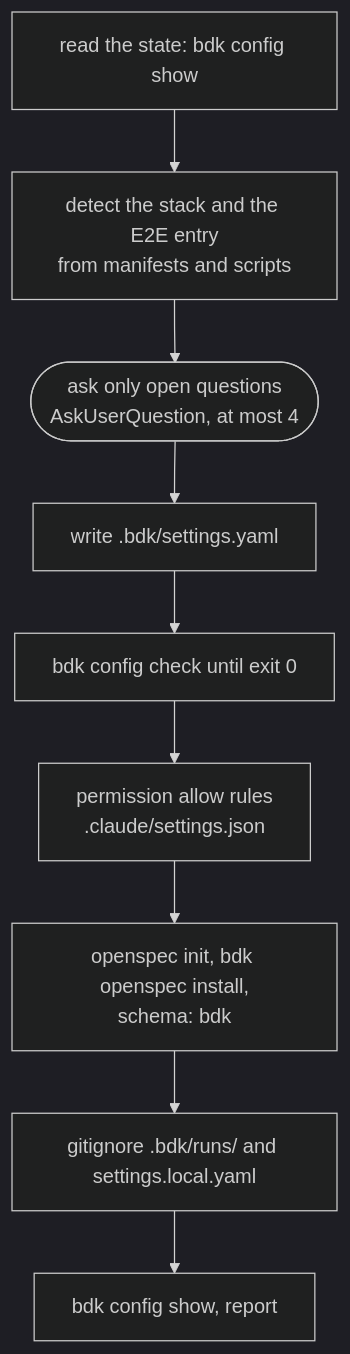
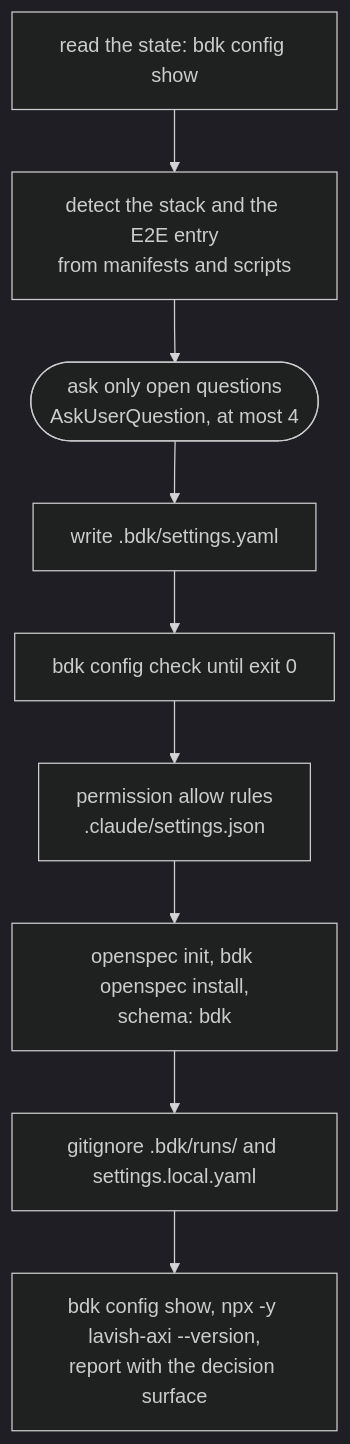
The first of 14 diagrams in docs/concepts/orchestrators.md (broneq/bdk), drawn with Mermaid (dark theme) before and after one commit. The commit also changed 15 other files, not shown here.

First line of the commit message:
feat(skills): report the decision surface in /bdk:setup

````diff
--- a/docs/concepts/orchestrators.md
+++ b/docs/concepts/orchestrators.md
@@ -11,11 +11,11 @@
 ```mermaid
 flowchart TB
   S1["read the state: bdk config show"] --> S2["detect the stack and the E2E entry<br/>from manifests and scripts"]
   S2 --> S3(["ask only open questions<br/>AskUserQuestion, at most 4"])
   S3 --> S4["write .bdk/settings.yaml"]
   S4 --> S5["bdk config check until exit 0"]
   S5 --> S6["permission allow rules<br/>.claude/settings.json"]
   S6 --> S7["openspec init, bdk openspec install,<br/>schema: bdk"]
   S7 --> S8["gitignore .bdk/runs/ and settings.local.yaml"]
-  S8 --> S9["bdk config show, report"]
+  S8 --> S9["bdk config show, npx -y lavish-axi --version,<br/>report with the decision surface"]
 ```
````
